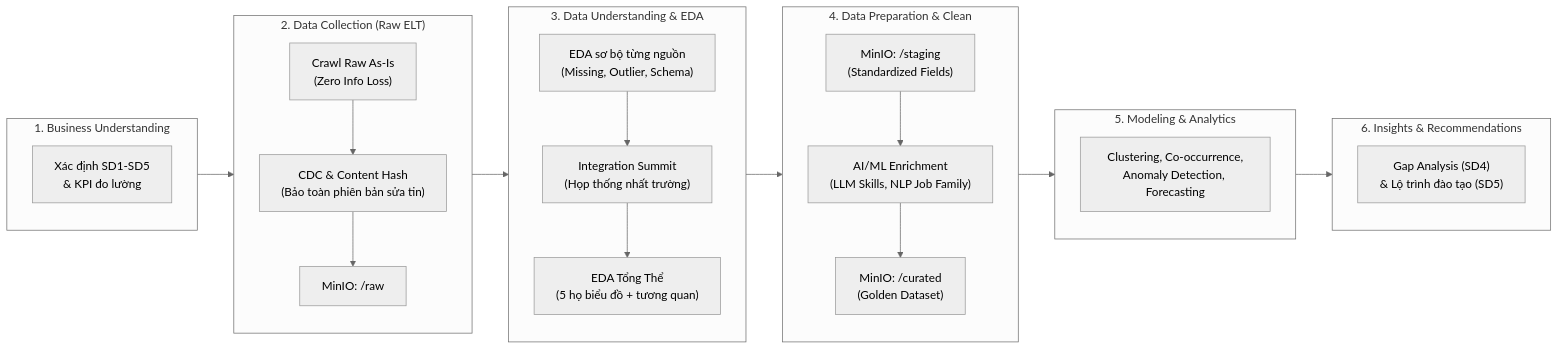
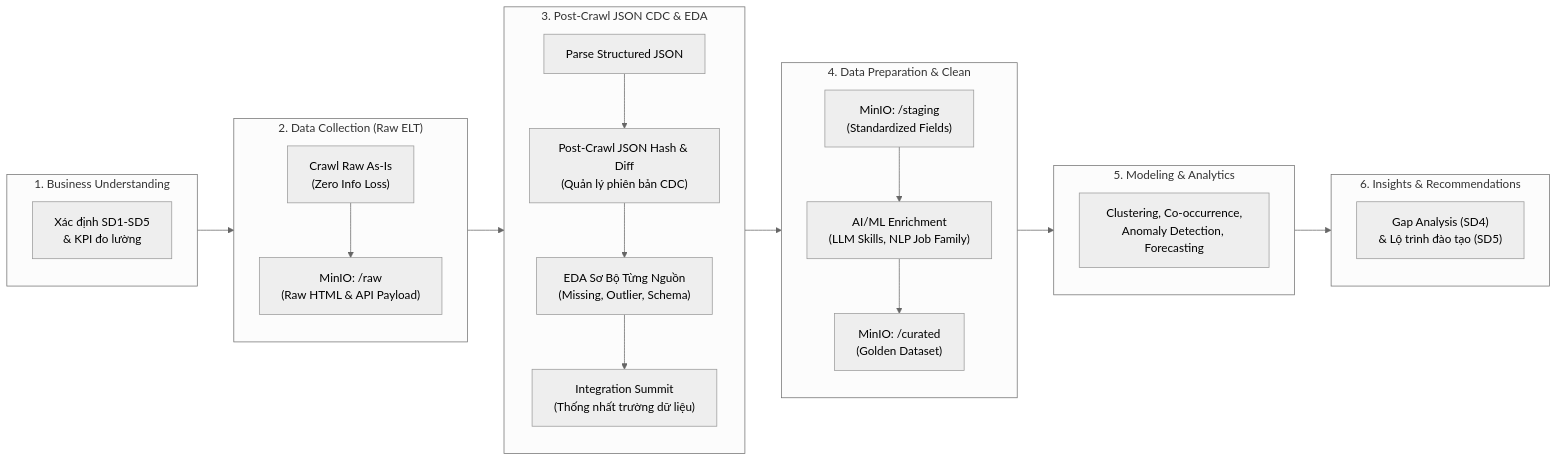
One commit to Archduker/VN-IT-Job-Mining changed the second of 3 diagrams in docs/01_modern_data_mining_overview.md. Above: the diagram before and after it, drawn with Mermaid (neutral theme). The commit also changed 86 other files, not shown here.

````diff
--- a/docs/01_modern_data_mining_overview.md
+++ b/docs/01_modern_data_mining_overview.md
@@ -40,31 +40,31 @@
 ```mermaid
 flowchart LR
     subgraph Phase1["1. Business Understanding"]
         BU["Xác định SD1-SD5\n& KPI đo lường"]
     end
 
     subgraph Phase2["2. Data Collection (Raw ELT)"]
-        EXT["Crawl Raw As-Is\n(Zero Info Loss)"] --> CDC["CDC & Content Hash\n(Bảo toàn phiên bản sửa tin)"]
-        CDC --> MINIO_RAW["MinIO: /raw"]
+        EXT["Crawl Raw As-Is\n(Zero Info Loss)"] --> MINIO_RAW["MinIO: /raw\n(Raw HTML & API Payload)"]
     end
 
-    subgraph Phase3["3. Data Understanding & EDA"]
-        EDA_PRE["EDA sơ bộ từng nguồn\n(Missing, Outlier, Schema)"] --> HARMON["Integration Summit\n(Họp thống nhất trường)"]
-        HARMON --> EDA_MAIN["EDA Tổng Thể\n(5 họ biểu đồ + tương quan)"]
+    subgraph Phase3["3. Post-Crawl JSON CDC & EDA"]
+        PARSE["Parse Structured JSON"] --> CDC["Post-Crawl JSON Hash & Diff\n(Quản lý phiên bản CDC)"]
+        CDC --> EDA_PRE["EDA Sơ Bộ Từng Nguồn\n(Missing, Outlier, Schema)"]
+        EDA_PRE --> HARMON["Integration Summit\n(Thống nhất trường dữ liệu)"]
     end
 
     subgraph Phase4["4. Data Preparation & Clean"]
         MINIO_STG["MinIO: /staging\n(Standardized Fields)"] --> AI_ENRICH["AI/ML Enrichment\n(LLM Skills, NLP Job Family)"]
         AI_ENRICH --> MINIO_CUR["MinIO: /curated\n(Golden Dataset)"]
     end
 
     subgraph Phase5["5. Modeling & Analytics"]
         MODEL["Clustering, Co-occurrence,\nAnomaly Detection, Forecasting"]
     end
 
     subgraph Phase6["6. Insights & Recommendations"]
         EVAL["Gap Analysis (SD4)\n& Lộ trình đào tạo (SD5)"]
     end
 
     Phase1 --> Phase2 --> Phase3 --> Phase4 --> Phase5 --> Phase6
 ```
````
